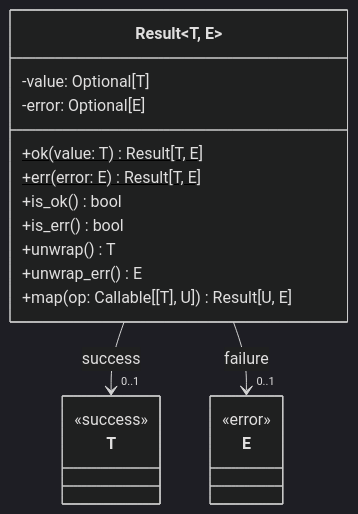
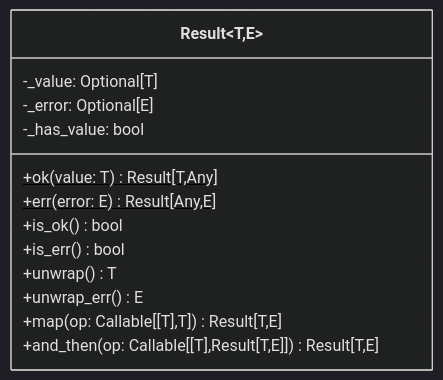
One commit to johnburbridge/python-cookbook changed the second of 3 diagrams in generics/README.md. Above: the diagram before and after it, drawn with Mermaid (dark theme). The commit also changed other lines of this file and 5 other files, not shown here.

````diff
--- a/generics/README.md
+++ b/generics/README.md
@@ -38,22 +33,16 @@
 ```mermaid
 classDiagram
-    class Result~T, E~ {
-        -value: Optional[T]
-        -error: Optional[E]
-        +ok(value: T)$ Result[T, E]
-        +err(error: E)$ Result[T, E]
+    class Result~T,E~ {
+        -_value: Optional[T]
+        -_error: Optional[E]
+        -_has_value: bool
+        +ok(value: T)$ Result[T,Any]
+        +err(error: E)$ Result[Any,E]
         +is_ok() bool
         +is_err() bool
         +unwrap() T
         +unwrap_err() E
-        +map(op: Callable[[T], U]) Result[U, E]
+        +map(op: Callable[[T],T]) Result[T,E]
+        +and_then(op: Callable[[T],Result[T,E]]) Result[T,E]
     }
-    class T {
-        <<success>>
-    }
-    class E {
-        <<error>>
-    }
-    Result --> "0..1" T : success
-    Result --> "0..1" E : failure
 ```
````
